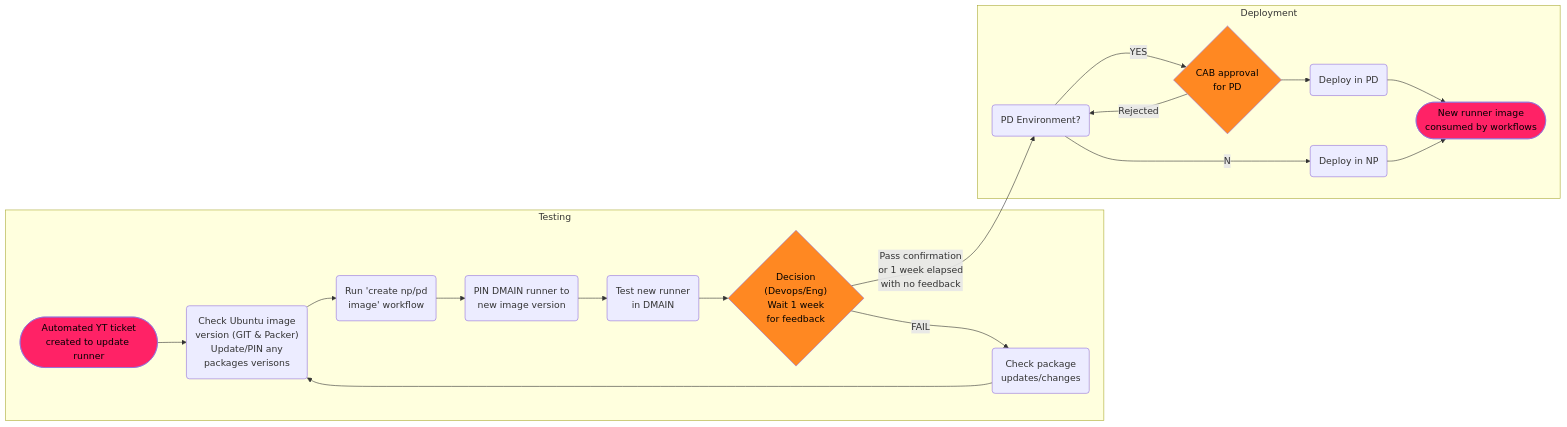
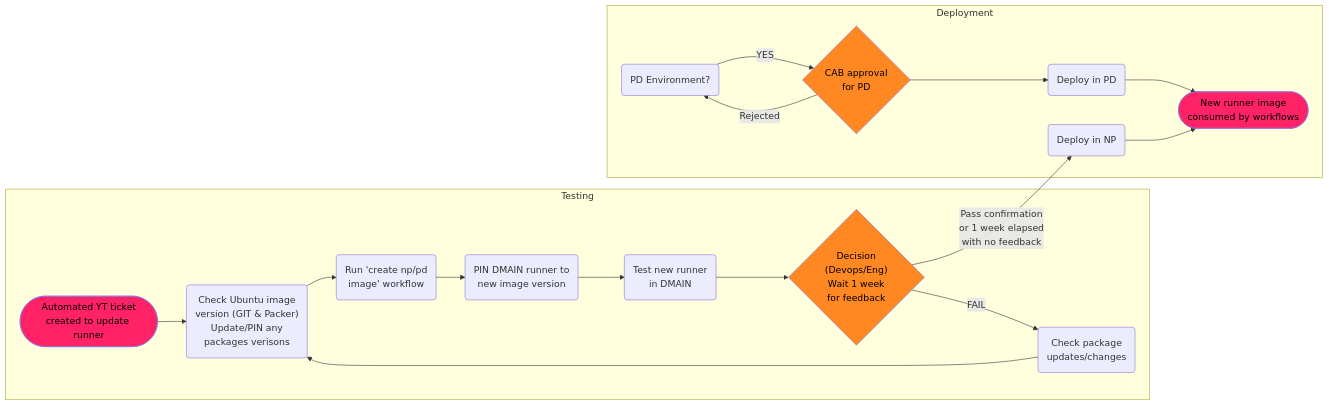
One commit to AlexBritton-CAL/markdown_testing changed the diagram in memaid1.md. Above: the diagram before and after it, drawn with Mermaid.

````diff
--- a/memaid1.md
+++ b/memaid1.md
@@ -5,43 +5,42 @@
 ```mermaid
 
 flowchart LR
     A([Automated YT ticket<br>created to update runner])
     A:::firstLast
     B("Check Ubuntu image <br> version (GIT & Packer) <br> Update/PIN any <br> packages verisons")
     C("Run 'create np/pd <br> image' workflow")
     D(PIN DMAIN runner to <br> new image version)
     E(Test new runner <br> in DMAIN)
     F{"Decision<Br>(Devops/Eng)<br>Wait 1 week<br>for feedback"}
     F:::choice
     G(Check package<br>updates/changes)
     H(PD Environment?)
     I(Deploy in NP)
     J{CAB approval <br> for PD}
     J:::choice
     K(Deploy in PD)
     End([New runner image <br> consumed by workflows])
     End:::firstLast
 
     classDef firstLast fill:#f26,color:black
     classDef choice fill:#f82,color:black
 
     subgraph Testing
         A --> B
         B --> C
         C --> D
         D --> E
         E --> F
         F --FAIL--> G
         G ---> B
     end
     subgraph Deployment
-        H --No--> I
         H --YES--> J
         J --> K
         J --Rejected--> H
         K --> End
         I --> End
     end
-        F --Pass confirmation <br> or 1 week elapsed <br> with no feedback--> H
+        F --Pass confirmation <br> or 1 week elapsed <br> with no feedback--> I
 
 ```
````
